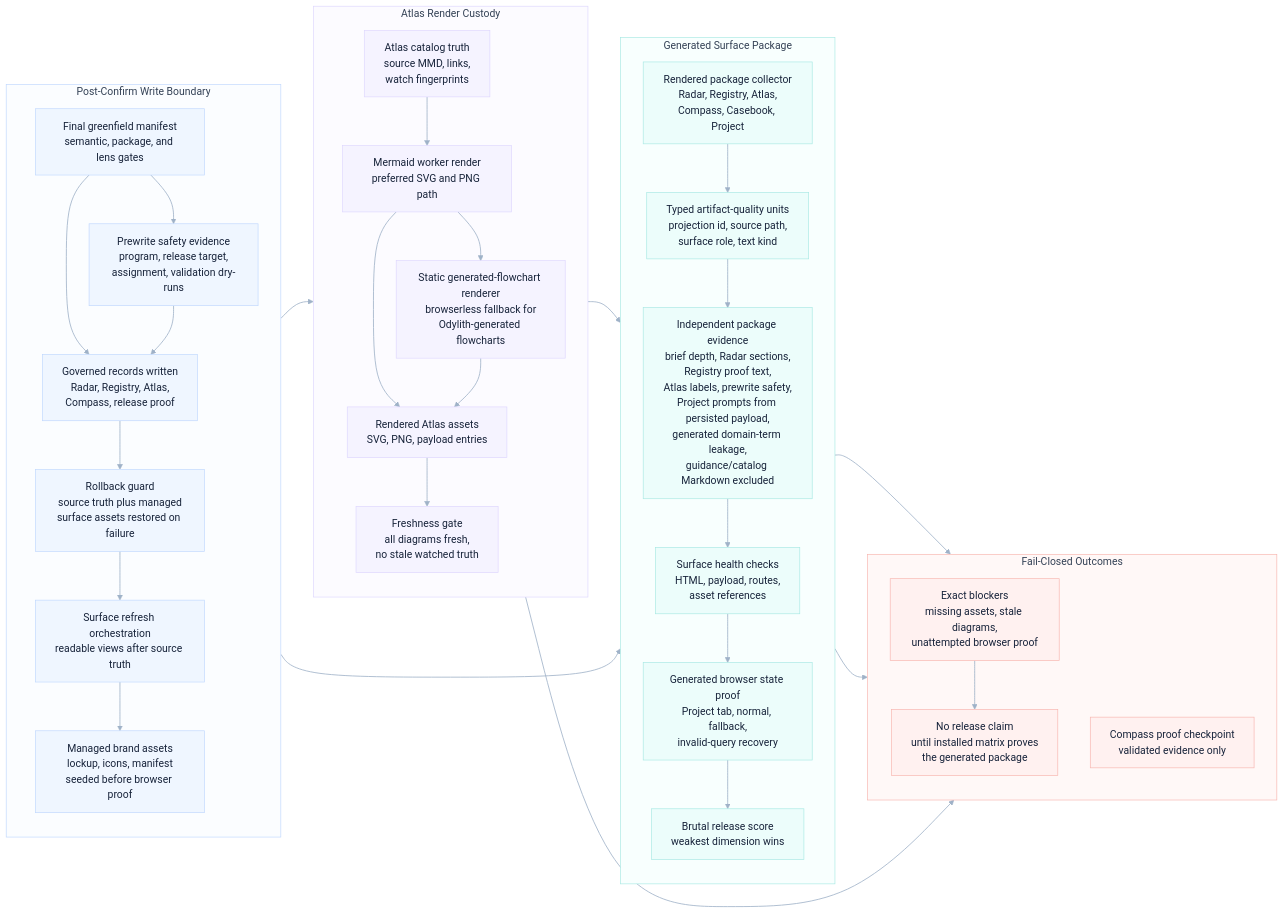
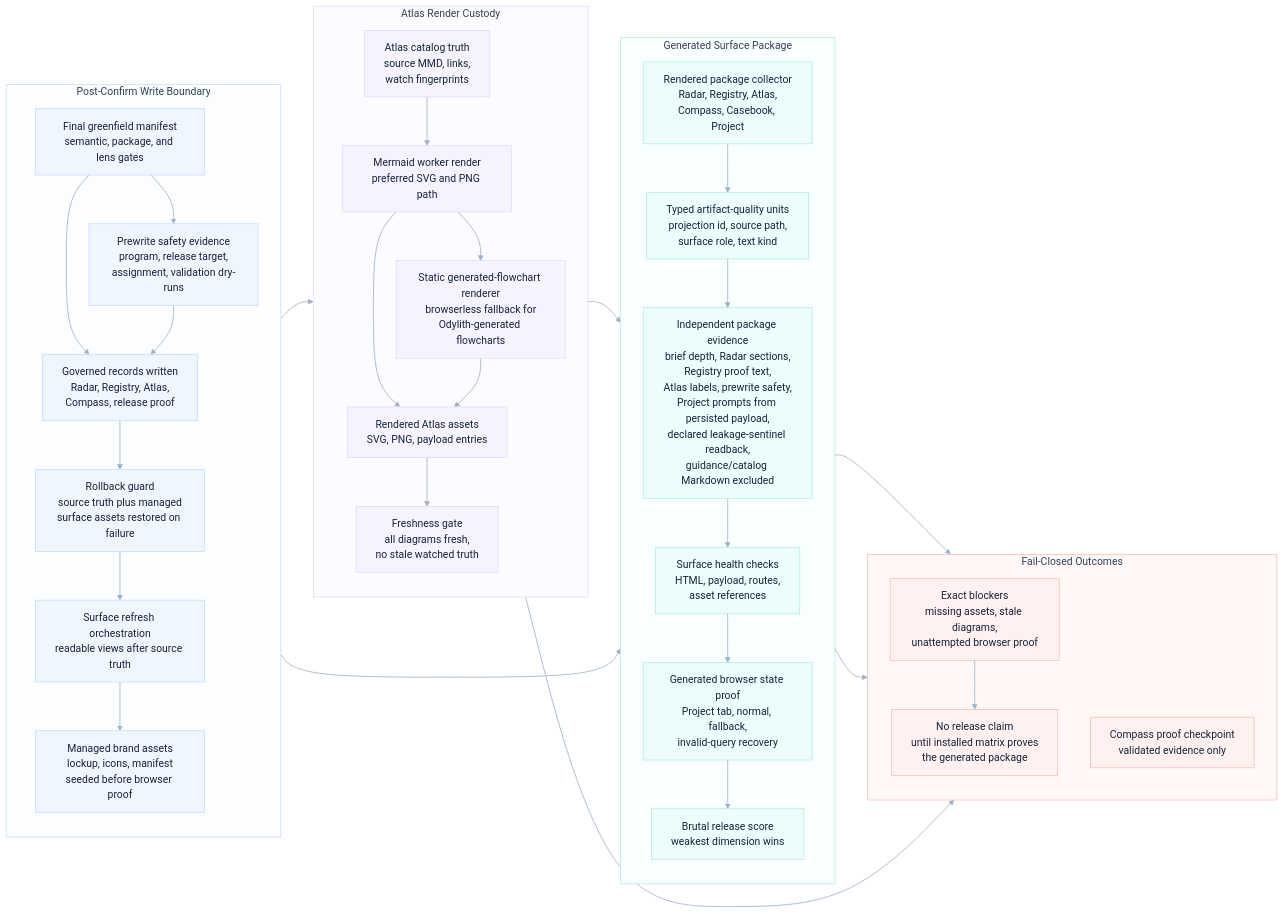
The diagram in odylith/atlas/source/greenfield-rendered-surface-and-static-atlas-custody.mmd (odylith/odylith), drawn with Mermaid before and after one commit. The commit also changed 45 other files, not shown here.

```diff
--- a/odylith/atlas/source/greenfield-rendered-surface-and-static-atlas-custody.mmd
+++ b/odylith/atlas/source/greenfield-rendered-surface-and-static-atlas-custody.mmd
@@ -1,75 +1,75 @@
 flowchart LR
     subgraph write_lane["Post-Confirm Write Boundary"]
       direction TB
       final_manifest["Final greenfield manifest<br/>semantic, package, and lens gates"]
       prewrite_safety["Prewrite safety evidence<br/>program, release target,<br/>assignment, validation dry-runs"]
       governed_write["Governed records written<br/>Radar, Registry, Atlas,<br/>Compass, release proof"]
       rollback_guard["Rollback guard<br/>source truth plus managed<br/>surface assets restored on failure"]
       dashboard_refresh["Surface refresh orchestration<br/>readable views after source truth"]
       brand_assets["Managed brand assets<br/>lockup, icons, manifest<br/>seeded before browser proof"]
     end
 
     subgraph atlas_lane["Atlas Render Custody"]
       direction TB
       catalog_truth["Atlas catalog truth<br/>source MMD, links,<br/>watch fingerprints"]
       mermaid_worker["Mermaid worker render<br/>preferred SVG and PNG path"]
       static_renderer["Static generated-flowchart renderer<br/>browserless fallback for<br/>Odylith-generated flowcharts"]
       rendered_assets["Rendered Atlas assets<br/>SVG, PNG, payload entries"]
       freshness_gate["Freshness gate<br/>all diagrams fresh,<br/>no stale watched truth"]
     end
 
     subgraph surface_lane["Generated Surface Package"]
       direction TB
       rendered_package["Rendered package collector<br/>Radar, Registry, Atlas,<br/>Compass, Casebook, Project"]
       typed_units["Typed artifact-quality units<br/>projection id, source path,<br/>surface role, text kind"]
-      evidence_readback["Independent package evidence<br/>brief depth, Radar sections,<br/>Registry proof text,<br/>Atlas labels, prewrite safety,<br/>Project prompts from persisted payload,<br/>generated domain-term leakage,<br/>guidance/catalog Markdown excluded"]
+      evidence_readback["Independent package evidence<br/>brief depth, Radar sections,<br/>Registry proof text,<br/>Atlas labels, prewrite safety,<br/>Project prompts from persisted payload,<br/>declared leakage-sentinel readback,<br/>guidance/catalog Markdown excluded"]
       surface_health["Surface health checks<br/>HTML, payload, routes,<br/>asset references"]
       browser_state["Generated browser state proof<br/>Project tab, normal, fallback,<br/>invalid-query recovery"]
       hard_score["Brutal release score<br/>weakest dimension wins"]
     end
 
     subgraph blocker_lane["Fail-Closed Outcomes"]
       direction TB
       exact_blockers["Exact blockers<br/>missing assets, stale diagrams,<br/>unattempted browser proof"]
       no_release_claim["No release claim<br/>until installed matrix proves<br/>the generated package"]
       proof_checkpoint["Compass proof checkpoint<br/>validated evidence only"]
     end
 
     final_manifest --> governed_write
     final_manifest --> prewrite_safety
     prewrite_safety --> governed_write
     governed_write --> rollback_guard
     rollback_guard --> dashboard_refresh
     dashboard_refresh --> brand_assets
     brand_assets --> surface_health
     dashboard_refresh --> catalog_truth
     catalog_truth --> mermaid_worker
     mermaid_worker --> rendered_assets
     mermaid_worker --> static_renderer
     static_renderer --> rendered_assets
     rendered_assets --> freshness_gate
     freshness_gate --> rendered_package
     rendered_package --> typed_units
     typed_units --> evidence_readback
     evidence_readback --> surface_health
     surface_health --> browser_state
     browser_state --> hard_score
     hard_score --> proof_checkpoint
     freshness_gate --> exact_blockers
     surface_health --> exact_blockers
     exact_blockers --> no_release_claim
 
     classDef write fill:#EFF6FF,stroke:#BFD7FE,color:#17233A,stroke-width:1px;
     classDef atlas fill:#F5F3FF,stroke:#DDD6FE,color:#17233A,stroke-width:1px;
     classDef surface fill:#ECFDFB,stroke:#A7E9E3,color:#17233A,stroke-width:1px;
     classDef blocker fill:#FFF1F0,stroke:#F7B4AE,color:#17233A,stroke-width:1px;
     class final_manifest,prewrite_safety,governed_write,rollback_guard,dashboard_refresh,brand_assets write;
     class catalog_truth,mermaid_worker,static_renderer,rendered_assets,freshness_gate atlas;
     class rendered_package,typed_units,evidence_readback,surface_health,browser_state,hard_score surface;
     class exact_blockers,no_release_claim,proof_checkpoint blocker;
 
     style write_lane fill:#FBFDFF,stroke:#BFD7FE,stroke-width:1px,color:#334155
     style atlas_lane fill:#FCFBFF,stroke:#DDD6FE,stroke-width:1px,color:#334155
     style surface_lane fill:#F8FFFE,stroke:#A7E9E3,stroke-width:1px,color:#334155
     style blocker_lane fill:#FFF8F7,stroke:#F7B4AE,stroke-width:1px,color:#334155
     linkStyle default stroke:#9FB2C8,stroke-width:1.25px
```
